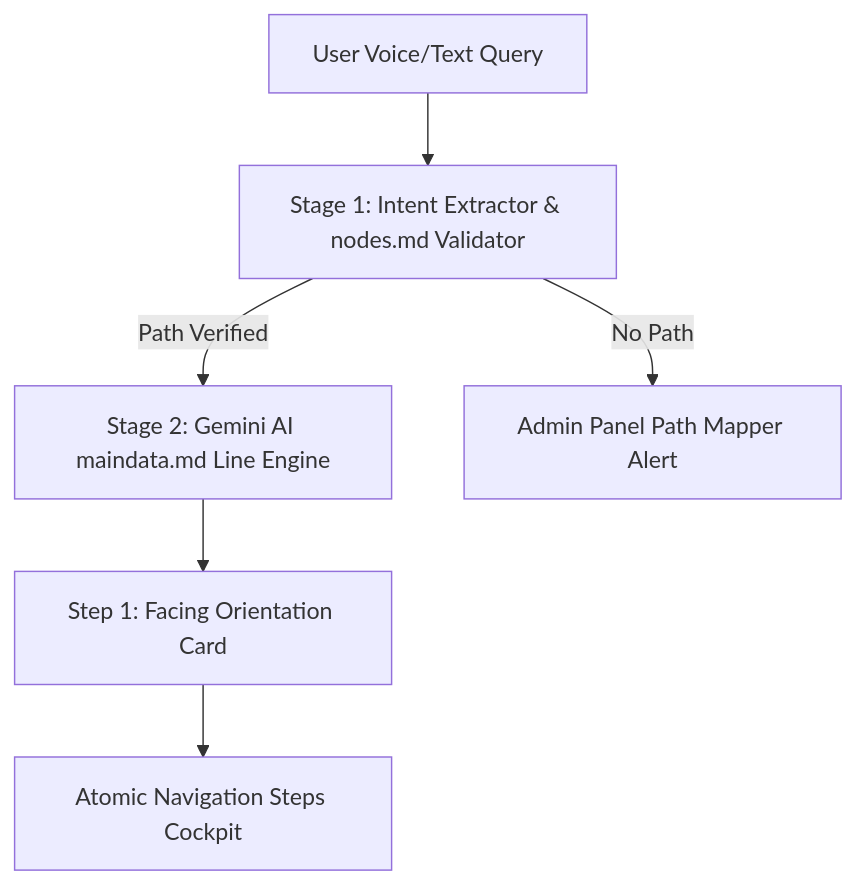
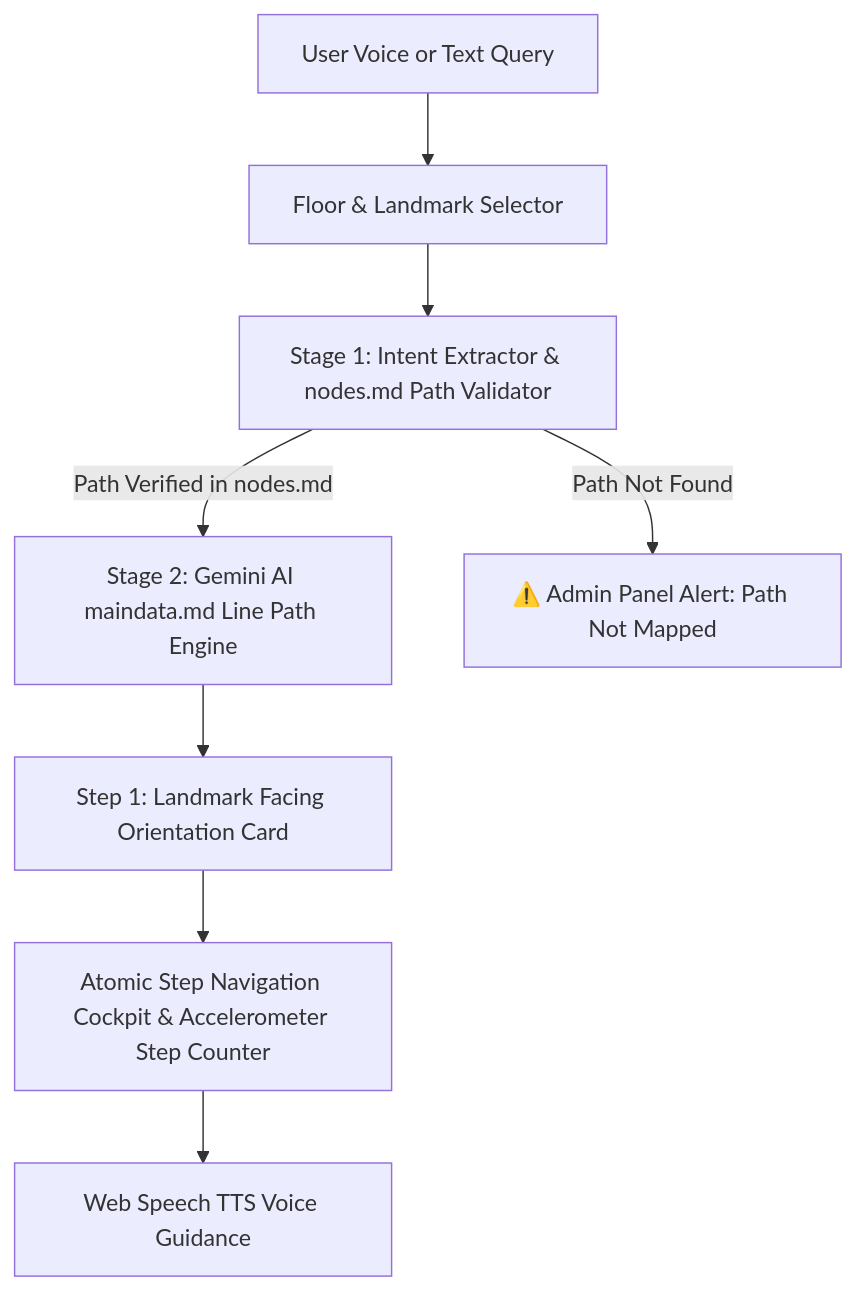
Before and after one commit to deepesh-45/college-navigation-system: the diagram in presentation.md, drawn with Mermaid. The commit also changed other lines of this file, not shown here.

Commit message:
Update presentation.md to match README flow and add 3-level Long Term Goals breakdown

````diff
--- a/presentation.md
+++ b/presentation.md
@@ -85,8 +99,10 @@
   ```mermaid
   graph TD
-      A[User Voice/Text Query] --> B[Stage 1: Intent Extractor & nodes.md Validator]
-      B -->|Path Verified| C[Stage 2: Gemini AI maindata.md Line Engine]
-      B -->|No Path| D[Admin Panel Path Mapper Alert]
-      C --> E[Step 1: Facing Orientation Card]
-      E --> F[Atomic Navigation Steps Cockpit]
+      A[User Voice or Text Query] --> B[Floor & Landmark Selector]
+      B --> C[Stage 1: Intent Extractor & nodes.md Path Validator]
+      C -->|Path Verified in nodes.md| D[Stage 2: Gemini AI maindata.md Line Path Engine]
+      C -->|Path Not Found| E[⚠️ Admin Panel Alert: Path Not Mapped]
+      D --> F[Step 1: Landmark Facing Orientation Card]
+      F --> G[Atomic Step Navigation Cockpit & Accelerometer Step Counter]
+      G --> H[Web Speech TTS Voice Guidance]
   ```
````
